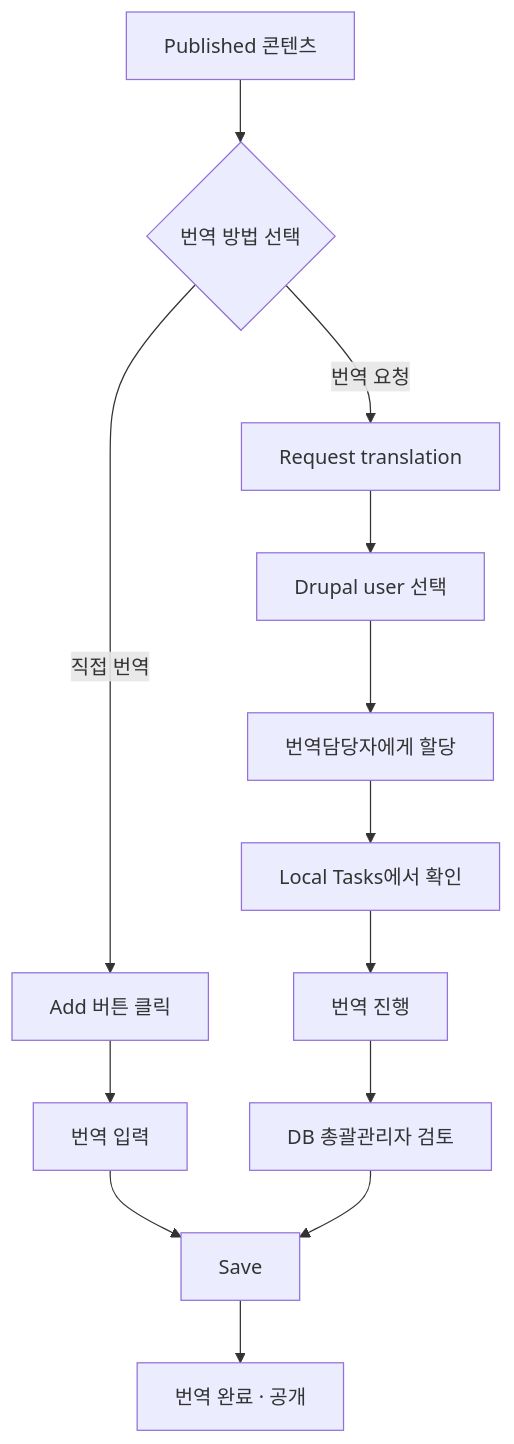
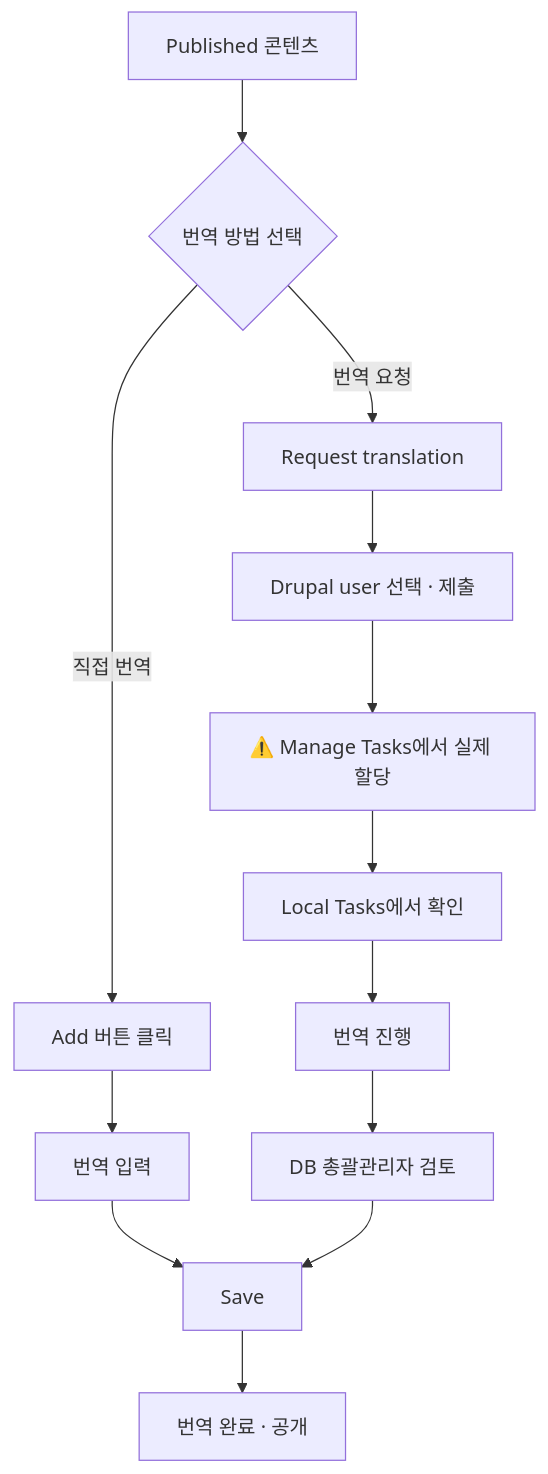
One commit to sknkwoxs/manual-book changed the second of 2 diagrams in src/content/docs/gced/manual/06-translation/01-admin.md. Above: the diagram before and after it, drawn with Mermaid. The commit also changed other lines of this file and 2 other files, not shown here.

````diff
--- a/src/content/docs/gced/manual/06-translation/01-admin.md
+++ b/src/content/docs/gced/manual/06-translation/01-admin.md
@@ -354,15 +402,15 @@
 ```mermaid
 flowchart TD
     A[Published 콘텐츠] --> B{번역 방법 선택}
     B -->|직접 번역| C[Add 버튼 클릭]
     B -->|번역 요청| D[Request translation]
     C --> E[번역 입력]
-    D --> F[Drupal user 선택]
-    F --> G[번역담당자에게 할당]
+    D --> F[Drupal user 선택 · 제출]
+    F --> G["⚠️ Manage Tasks에서 실제 할당"]
     G --> H[Local Tasks에서 확인]
     H --> I[번역 진행]
     E --> J[Save]
     I --> K[DB 총괄관리자 검토]
     K --> J
     J --> L[번역 완료 · 공개]
 ```
````
